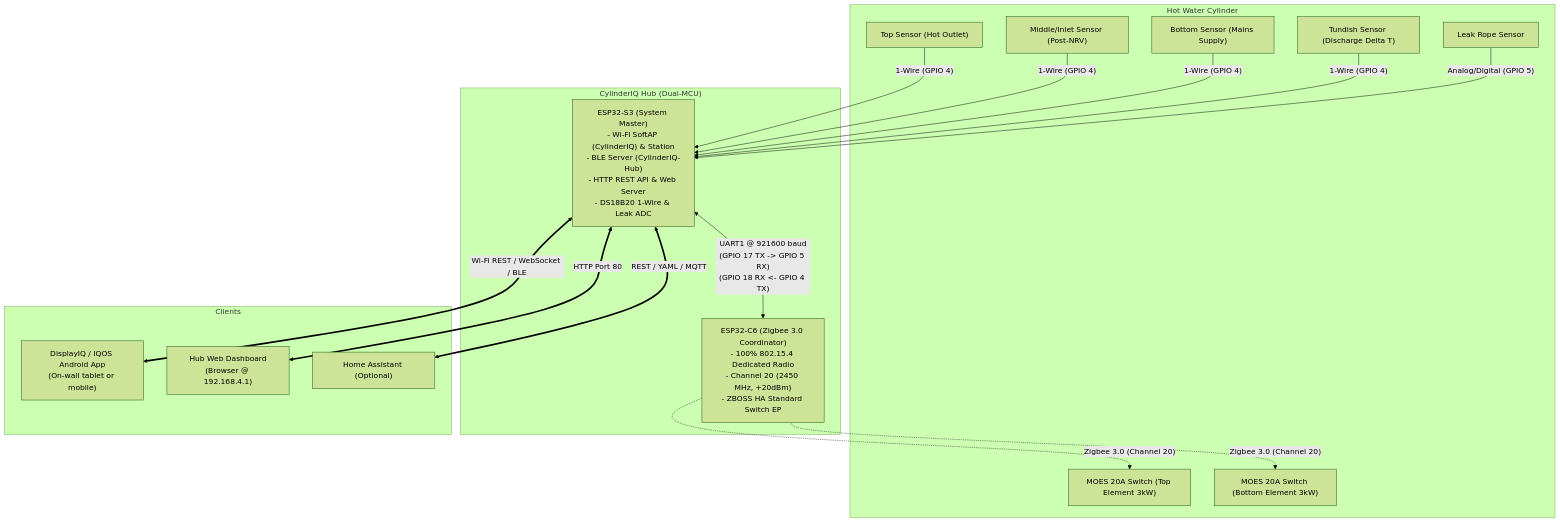
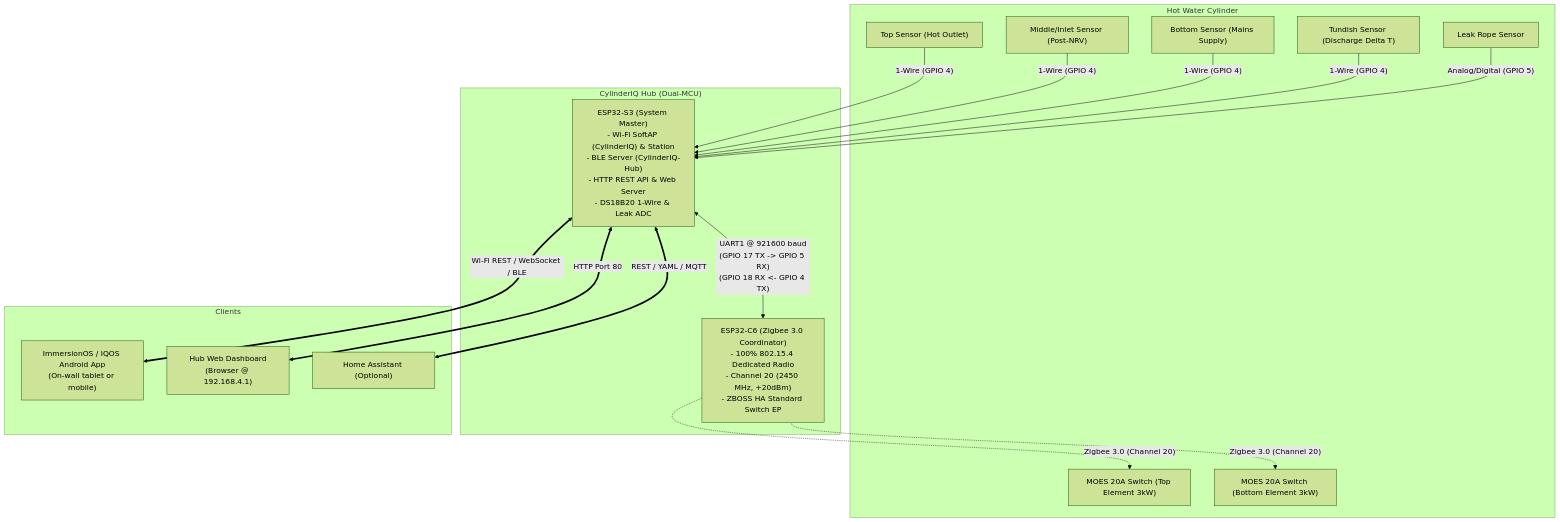
One commit to Lucky0382/CylinderIQ-Hardware changed the diagram in HANDOFF_ANDROID_UI.md. Above: the diagram before and after it, drawn with Mermaid (forest theme). The commit also changed other lines of this file and 9 other files, not shown here.

````diff
--- a/HANDOFF_ANDROID_UI.md
+++ b/HANDOFF_ANDROID_UI.md
@@ -24,46 +24,46 @@
 ```mermaid
 graph TD
     subgraph "Hot Water Cylinder"
         T1["Top Sensor (Hot Outlet)"]
         T2["Middle/Inlet Sensor (Post-NRV)"]
         T3["Bottom Sensor (Mains Supply)"]
         T4["Tundish Sensor (Discharge Delta T)"]
         LR["Leak Rope Sensor"]
         SW_TOP["MOES 20A Switch (Top Element 3kW)"]
         SW_BOT["MOES 20A Switch (Bottom Element 3kW)"]
     end
 
     subgraph "CylinderIQ Hub (Dual-MCU)"
         S3["ESP32-S3 (System Master)
 - Wi-Fi SoftAP (CylinderIQ) & Station
 - BLE Server (CylinderIQ-Hub)
 - HTTP REST API & Web Server
 - DS18B20 1-Wire & Leak ADC"]
         
         C6["ESP32-C6 (Zigbee 3.0 Coordinator)
 - 100% 802.15.4 Dedicated Radio
 - Channel 20 (2450 MHz, +20dBm)
 - ZBOSS HA Standard Switch EP"]
         
         S3 <-->|"UART1 @ 921600 baud
 (GPIO 17 TX -> GPIO 5 RX)
 (GPIO 18 RX <- GPIO 4 TX)"| C6
     end
 
     C6 -.->|"Zigbee 3.0 (Channel 20)"| SW_TOP
     C6 -.->|"Zigbee 3.0 (Channel 20)"| SW_BOT
     T1 & T2 & T3 & T4 -->|"1-Wire (GPIO 4)"| S3
     LR -->|"Analog/Digital (GPIO 5)"| S3
 
     subgraph "Clients"
-        DIQ["DisplayIQ / IQOS Android App
+        DIQ["ImmersionOS / IQOS Android App
 (On-wall tablet or mobile)"]
         WEB["Hub Web Dashboard
 (Browser @ 192.168.4.1)"]
         HA["Home Assistant (Optional)"]
     end
 
     S3 <==>|"Wi-Fi REST / WebSocket / BLE"| DIQ
     S3 <==>|"HTTP Port 80"| WEB
     S3 <==>|"REST / YAML / MQTT"| HA
 ```
````
